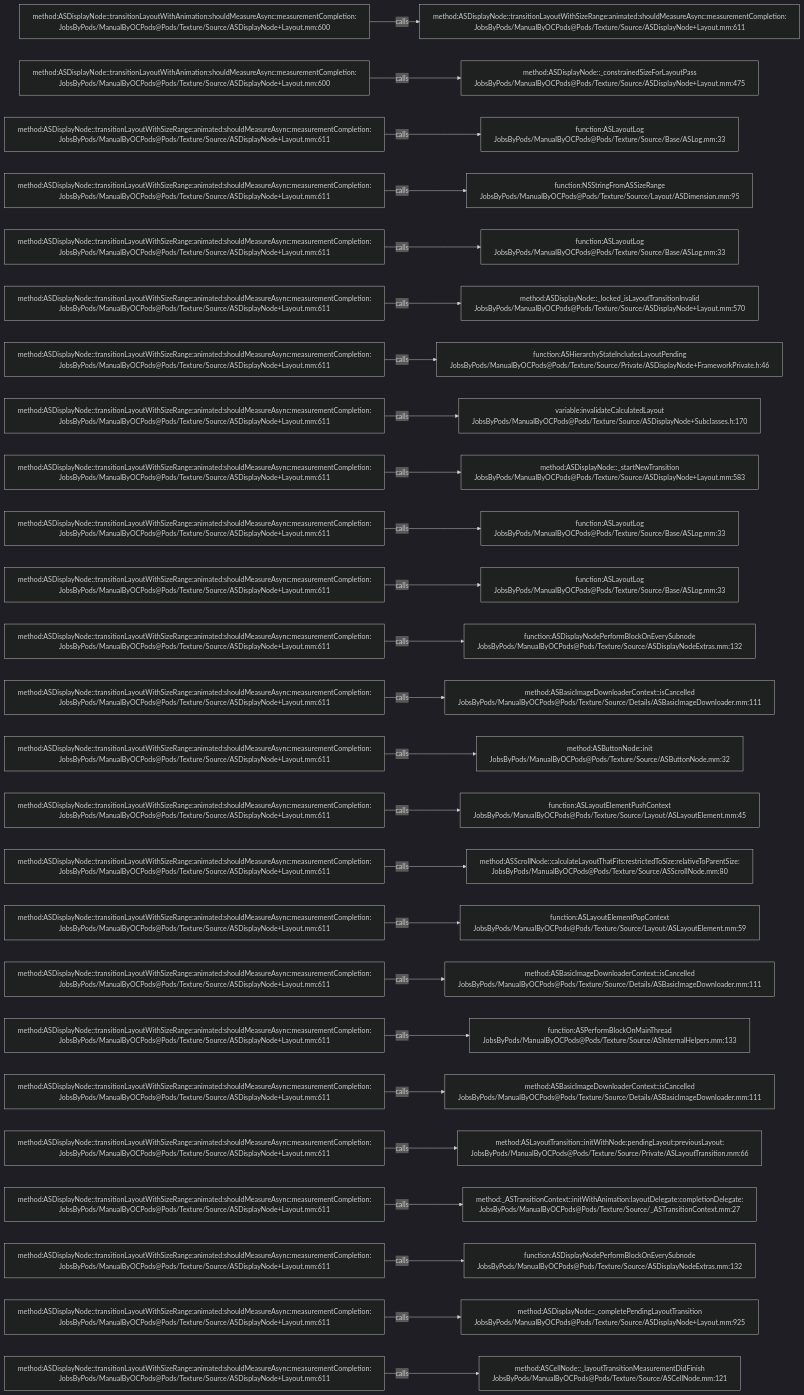
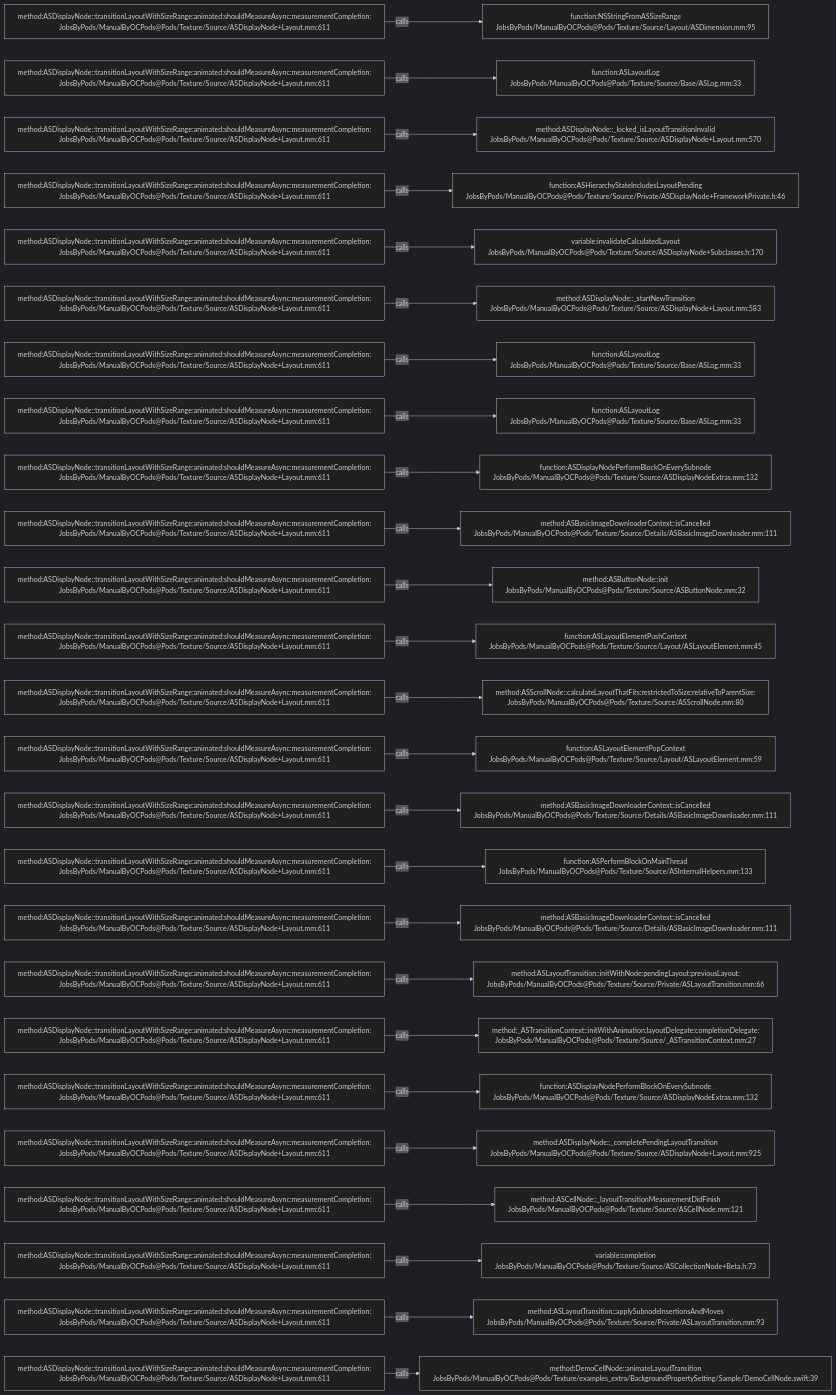
The diagram in .codegraph/codegraph.md/graphs/calls-094.md (JobsKits/JobsOCBaseConfigDemo), drawn with Mermaid (dark theme) before and after one commit. The commit also changed 342 other files, not shown here.

````diff
--- a/.codegraph/codegraph.md/graphs/calls-094.md
+++ b/.codegraph/codegraph.md/graphs/calls-094.md
@@ -13,78 +13,78 @@
 ```mermaid
 flowchart LR
-  S1["method:ASDisplayNode::transitionLayoutWithAnimation:shouldMeasureAsync:measurementCompletion:<br/>JobsByPods/ManualByOCPods@Pods/Texture/Source/ASDisplayNode+Layout.mm:600"]
-  T1["method:ASDisplayNode::transitionLayoutWithSizeRange:animated:shouldMeasureAsync:measurementCompletion:<br/>JobsByPods/ManualByOCPods@Pods/Texture/Source/ASDisplayNode+Layout.mm:611"]
+  S1["method:ASDisplayNode::transitionLayoutWithSizeRange:animated:shouldMeasureAsync:measurementCompletion:<br/>JobsByPods/ManualByOCPods@Pods/Texture/Source/ASDisplayNode+Layout.mm:611"]
+  T1["function:NSStringFromASSizeRange<br/>JobsByPods/ManualByOCPods@Pods/Texture/Source/Layout/ASDimension.mm:95"]
   S1 -->|calls| T1
-  S2["method:ASDisplayNode::transitionLayoutWithAnimation:shouldMeasureAsync:measurementCompletion:<br/>JobsByPods/ManualByOCPods@Pods/Texture/Source/ASDisplayNode+Layout.mm:600"]
-  T2["method:ASDisplayNode::_constrainedSizeForLayoutPass<br/>JobsByPods/ManualByOCPods@Pods/Texture/Source/ASDisplayNode+Layout.mm:475"]
+  S2["method:ASDisplayNode::transitionLayoutWithSizeRange:animated:shouldMeasureAsync:measurementCompletion:<br/>JobsByPods/ManualByOCPods@Pods/Texture/Source/ASDisplayNode+Layout.mm:611"]
+  T2["function:ASLayoutLog<br/>JobsByPods/ManualByOCPods@Pods/Texture/Source/Base/ASLog.mm:33"]
   S2 -->|calls| T2
   S3["method:ASDisplayNode::transitionLayoutWithSizeRange:animated:shouldMeasureAsync:measurementCompletion:<br/>JobsByPods/ManualByOCPods@Pods/Texture/Source/ASDisplayNode+Layout.mm:611"]
-  T3["function:ASLayoutLog<br/>JobsByPods/ManualByOCPods@Pods/Texture/Source/Base/ASLog.mm:33"]
+  T3["method:ASDisplayNode::_locked_isLayoutTransitionInvalid<br/>JobsByPods/ManualByOCPods@Pods/Texture/Source/ASDisplayNode+Layout.mm:570"]
   S3 -->|calls| T3
   S4["method:ASDisplayNode::transitionLayoutWithSizeRange:animated:shouldMeasureAsync:measurementCompletion:<br/>JobsByPods/ManualByOCPods@Pods/Texture/Source/ASDisplayNode+Layout.mm:611"]
-  T4["function:NSStringFromASSizeRange<br/>JobsByPods/ManualByOCPods@Pods/Texture/Source/Layout/ASDimension.mm:95"]
+  T4["function:ASHierarchyStateIncludesLayoutPending<br/>JobsByPods/ManualByOCPods@Pods/Texture/Source/Private/ASDisplayNode+FrameworkPrivate.h:46"]
   S4 -->|calls| T4
   S5["method:ASDisplayNode::transitionLayoutWithSizeRange:animated:shouldMeasureAsync:measurementCompletion:<br/>JobsByPods/ManualByOCPods@Pods/Texture/Source/ASDisplayNode+Layout.mm:611"]
-  T5["function:ASLayoutLog<br/>JobsByPods/ManualByOCPods@Pods/Texture/Source/Base/ASLog.mm:33"]
+  T5["variable:invalidateCalculatedLayout<br/>JobsByPods/ManualByOCPods@Pods/Texture/Source/ASDisplayNode+Subclasses.h:170"]
   S5 -->|calls| T5
   S6["method:ASDisplayNode::transitionLayoutWithSizeRange:animated:shouldMeasureAsync:measurementCompletion:<br/>JobsByPods/ManualByOCPods@Pods/Texture/Source/ASDisplayNode+Layout.mm:611"]
-  T6["method:ASDisplayNode::_locked_isLayoutTransitionInvalid<br/>JobsByPods/ManualByOCPods@Pods/Texture/Source/ASDisplayNode+Layout.mm:570"]
+  T6["method:ASDisplayNode::_startNewTransition<br/>JobsByPods/ManualByOCPods@Pods/Texture/Source/ASDisplayNode+Layout.mm:583"]
   S6 -->|calls| T6
   S7["method:ASDisplayNode::transitionLayoutWithSizeRange:animated:shouldMeasureAsync:measurementCompletion:<br/>JobsByPods/ManualByOCPods@Pods/Texture/Source/ASDisplayNode+Layout.mm:611"]
-  T7["function:ASHierarchyStateIncludesLayoutPending<br/>JobsByPods/ManualByOCPods@Pods/Texture/Source/Private/ASDisplayNode+FrameworkPrivate.h:46"]
+  T7["function:ASLayoutLog<br/>JobsByPods/ManualByOCPods@Pods/Texture/Source/Base/ASLog.mm:33"]
   S7 -->|calls| T7
   S8["method:ASDisplayNode::transitionLayoutWithSizeRange:animated:shouldMeasureAsync:measurementCompletion:<br/>JobsByPods/ManualByOCPods@Pods/Texture/Source/ASDisplayNode+Layout.mm:611"]
-  T8["variable:invalidateCalculatedLayout<br/>JobsByPods/ManualByOCPods@Pods/Texture/Source/ASDisplayNode+Subclasses.h:170"]
+  T8["function:ASLayoutLog<br/>JobsByPods/ManualByOCPods@Pods/Texture/Source/Base/ASLog.mm:33"]
   S8 -->|calls| T8
   S9["method:ASDisplayNode::transitionLayoutWithSizeRange:animated:shouldMeasureAsync:measurementCompletion:<br/>JobsByPods/ManualByOCPods@Pods/Texture/Source/ASDisplayNode+Layout.mm:611"]
-  T9["method:ASDisplayNode::_startNewTransition<br/>JobsByPods/ManualByOCPods@Pods/Texture/Source/ASDisplayNode+Layout.mm:583"]
+  T9["function:ASDisplayNodePerformBlockOnEverySubnode<br/>JobsByPods/ManualByOCPods@Pods/Texture/Source/ASDisplayNodeExtras.mm:132"]
   S9 -->|calls| T9
   S10["method:ASDisplayNode::transitionLayoutWithSizeRange:animated:shouldMeasureAsync:measurementCompletion:<br/>JobsByPods/ManualByOCPods@Pods/Texture/Source/ASDisplayNode+Layout.mm:611"]
-  T10["function:ASLayoutLog<br/>JobsByPods/ManualByOCPods@Pods/Texture/Source/Base/ASLog.mm:33"]
+  T10["method:ASBasicImageDownloaderContext::isCancelled<br/>JobsByPods/ManualByOCPods@Pods/Texture/Source/Details/ASBasicImageDownloader.mm:111"]
   S10 -->|calls| T10
   S11["method:ASDisplayNode::transitionLayoutWithSizeRange:animated:shouldMeasureAsync:measurementCompletion:<br/>JobsByPods/ManualByOCPods@Pods/Texture/Source/ASDisplayNode+Layout.mm:611"]
-  T11["function:ASLayoutLog<br/>JobsByPods/ManualByOCPods@Pods/Texture/Source/Base/ASLog.mm:33"]
+  T11["method:ASButtonNode::init<br/>JobsByPods/ManualByOCPods@Pods/Texture/Source/ASButtonNode.mm:32"]
   S11 -->|calls| T11
   S12["method:ASDisplayNode::transitionLayoutWithSizeRange:animated:shouldMeasureAsync:measurementCompletion:<br/>JobsByPods/ManualByOCPods@Pods/Texture/Source/ASDisplayNode+Layout.mm:611"]
-  T12["function:ASDisplayNodePerformBlockOnEverySubnode<br/>JobsByPods/ManualByOCPods@Pods/Texture/Source/ASDisplayNodeExtras.mm:132"]
+  T12["function:ASLayoutElementPushContext<br/>JobsByPods/ManualByOCPods@Pods/Texture/Source/Layout/ASLayoutElement.mm:45"]
   S12 -->|calls| T12
   S13["method:ASDisplayNode::transitionLayoutWithSizeRange:animated:shouldMeasureAsync:measurementCompletion:<br/>JobsByPods/ManualByOCPods@Pods/Texture/Source/ASDisplayNode+Layout.mm:611"]
-  T13["method:ASBasicImageDownloaderContext::isCancelled<br/>JobsByPods/ManualByOCPods@Pods/Texture/Source/Details/ASBasicImageDownloader.mm:111"]
+  T13["method:ASScrollNode::calculateLayoutThatFits:restrictedToSize:relativeToParentSize:<br/>JobsByPods/ManualByOCPods@Pods/Texture/Source/ASScrollNode.mm:80"]
   S13 -->|calls| T13
   S14["method:ASDisplayNode::transitionLayoutWithSizeRange:animated:shouldMeasureAsync:measurementCompletion:<br/>JobsByPods/ManualByOCPods@Pods/Texture/Source/ASDisplayNode+Layout.mm:611"]
-  T14["method:ASButtonNode::init<br/>JobsByPods/ManualByOCPods@Pods/Texture/Source/ASButtonNode.mm:32"]
+  T14["function:ASLayoutElementPopContext<br/>JobsByPods/ManualByOCPods@Pods/Texture/Source/Layout/ASLayoutElement.mm:59"]
   S14 -->|calls| T14
   S15["method:ASDisplayNode::transitionLayoutWithSizeRange:animated:shouldMeasureAsync:measurementCompletion:<br/>JobsByPods/ManualByOCPods@Pods/Texture/Source/ASDisplayNode+Layout.mm:611"]
-  T15["function:ASLayoutElementPushContext<br/>JobsByPods/ManualByOCPods@Pods/Texture/Source/Layout/ASLayoutElement.mm:45"]
+  T15["method:ASBasicImageDownloaderContext::isCancelled<br/>JobsByPods/ManualByOCPods@Pods/Texture/Source/Details/ASBasicImageDownloader.mm:111"]
   S15 -->|calls| T15
   S16["method:ASDisplayNode::transitionLayoutWithSizeRange:animated:shouldMeasureAsync:measurementCompletion:<br/>JobsByPods/ManualByOCPods@Pods/Texture/Source/ASDisplayNode+Layout.mm:611"]
-  T16["method:ASScrollNode::calculateLayoutThatFits:restrictedToSize:relativeToParentSize:<br/>JobsByPods/ManualByOCPods@Pods/Texture/Source/ASScrollNode.mm:80"]
+  T16["function:ASPerformBlockOnMainThread<br/>JobsByPods/ManualByOCPods@Pods/Texture/Source/ASInternalHelpers.mm:133"]
   S16 -->|calls| T16
   S17["method:ASDisplayNode::transitionLayoutWithSizeRange:animated:shouldMeasureAsync:measurementCompletion:<br/>JobsByPods/ManualByOCPods@Pods/Texture/Source/ASDisplayNode+Layout.mm:611"]
-  T17["function:ASLayoutElementPopContext<br/>JobsByPods/ManualByOCPods@Pods/Texture/Source/Layout/ASLayoutElement.mm:59"]
+  T17["method:ASBasicImageDownloaderContext::isCancelled<br/>JobsByPods/ManualByOCPods@Pods/Texture/Source/Details/ASBasicImageDownloader.mm:111"]
   S17 -->|calls| T17
   S18["method:ASDisplayNode::transitionLayoutWithSizeRange:animated:shouldMeasureAsync:measurementCompletion:<br/>JobsByPods/ManualByOCPods@Pods/Texture/Source/ASDisplayNode+Layout.mm:611"]
-  T18["method:ASBasicImageDownloaderContext::isCancelled<br/>JobsByPods/ManualByOCPods@Pods/Texture/Source/Details/ASBasicImageDownloader.mm:111"]
+  T18["method:ASLayoutTransition::initWithNode:pendingLayout:previousLayout:<br/>JobsByPods/ManualByOCPods@Pods/Texture/Source/Private/ASLayoutTransition.mm:66"]
   S18 -->|calls| T18
   S19["method:ASDisplayNode::transitionLayoutWithSizeRange:animated:shouldMeasureAsync:measurementCompletion:<br/>JobsByPods/ManualByOCPods@Pods/Texture/Source/ASDisplayNode+Layout.mm:611"]
-  T19["function:ASPerformBlockOnMainThread<br/>JobsByPods/ManualByOCPods@Pods/Texture/Source/ASInternalHelpers.mm:133"]
+  T19["method:_ASTransitionContext::initWithAnimation:layoutDelegate:completionDelegate:<br/>JobsByPods/ManualByOCPods@Pods/Texture/Source/_ASTransitionContext.mm:27"]
   S19 -->|calls| T19
   S20["method:ASDisplayNode::transitionLayoutWithSizeRange:animated:shouldMeasureAsync:measurementCompletion:<br/>JobsByPods/ManualByOCPods@Pods/Texture/Source/ASDisplayNode+Layout.mm:611"]
-  T20["method:ASBasicImageDownloaderContext::isCancelled<br/>JobsByPods/ManualByOCPods@Pods/Texture/Source/Details/ASBasicImageDownloader.mm:111"]
+  T20["function:ASDisplayNodePerformBlockOnEverySubnode<br/>JobsByPods/ManualByOCPods@Pods/Texture/Source/ASDisplayNodeExtras.mm:132"]
   S20 -->|calls| T20
   S21["method:ASDisplayNode::transitionLayoutWithSizeRange:animated:shouldMeasureAsync:measurementCompletion:<br/>JobsByPods/ManualByOCPods@Pods/Texture/Source/ASDisplayNode+Layout.mm:611"]
-  T21["method:ASLayoutTransition::initWithNode:pendingLayout:previousLayout:<br/>JobsByPods/ManualByOCPods@Pods/Texture/Source/Private/ASLayoutTransition.mm:66"]
+  T21["method:ASDisplayNode::_completePendingLayoutTransition<br/>JobsByPods/ManualByOCPods@Pods/Texture/Source/ASDisplayNode+Layout.mm:925"]
   S21 -->|calls| T21
   S22["method:ASDisplayNode::transitionLayoutWithSizeRange:animated:shouldMeasureAsync:measurementCompletion:<br/>JobsByPods/ManualByOCPods@Pods/Texture/Source/ASDisplayNode+Layout.mm:611"]
-  T22["method:_ASTransitionContext::initWithAnimation:layoutDelegate:completionDelegate:<br/>JobsByPods/ManualByOCPods@Pods/Texture/Source/_ASTransitionContext.mm:27"]
+  T22["method:ASCellNode::_layoutTransitionMeasurementDidFinish<br/>JobsByPods/ManualByOCPods@Pods/Texture/Source/ASCellNode.mm:121"]
   S22 -->|calls| T22
   S23["method:ASDisplayNode::transitionLayoutWithSizeRange:animated:shouldMeasureAsync:measurementCompletion:<br/>JobsByPods/ManualByOCPods@Pods/Texture/Source/ASDisplayNode+Layout.mm:611"]
-  T23["function:ASDisplayNodePerformBlockOnEverySubnode<br/>JobsByPods/ManualByOCPods@Pods/Texture/Source/ASDisplayNodeExtras.mm:132"]
+  T23["variable:completion<br/>JobsByPods/ManualByOCPods@Pods/Texture/Source/ASCollectionNode+Beta.h:73"]
   S23 -->|calls| T23
   S24["method:ASDisplayNode::transitionLayoutWithSizeRange:animated:shouldMeasureAsync:measurementCompletion:<br/>JobsByPods/ManualByOCPods@Pods/Texture/Source/ASDisplayNode+Layout.mm:611"]
-  T24["method:ASDisplayNode::_completePendingLayoutTransition<br/>JobsByPods/ManualByOCPods@Pods/Texture/Source/ASDisplayNode+Layout.mm:925"]
+  T24["method:ASLayoutTransition::applySubnodeInsertionsAndMoves<br/>JobsByPods/ManualByOCPods@Pods/Texture/Source/Private/ASLayoutTransition.mm:93"]
   S24 -->|calls| T24
   S25["method:ASDisplayNode::transitionLayoutWithSizeRange:animated:shouldMeasureAsync:measurementCompletion:<br/>JobsByPods/ManualByOCPods@Pods/Texture/Source/ASDisplayNode+Layout.mm:611"]
-  T25["method:ASCellNode::_layoutTransitionMeasurementDidFinish<br/>JobsByPods/ManualByOCPods@Pods/Texture/Source/ASCellNode.mm:121"]
+  T25["method:DemoCellNode::animateLayoutTransition<br/>JobsByPods/ManualByOCPods@Pods/Texture/examples_extra/BackgroundPropertySetting/Sample/DemoCellNode.swift:39"]
   S25 -->|calls| T25
 ```
````
